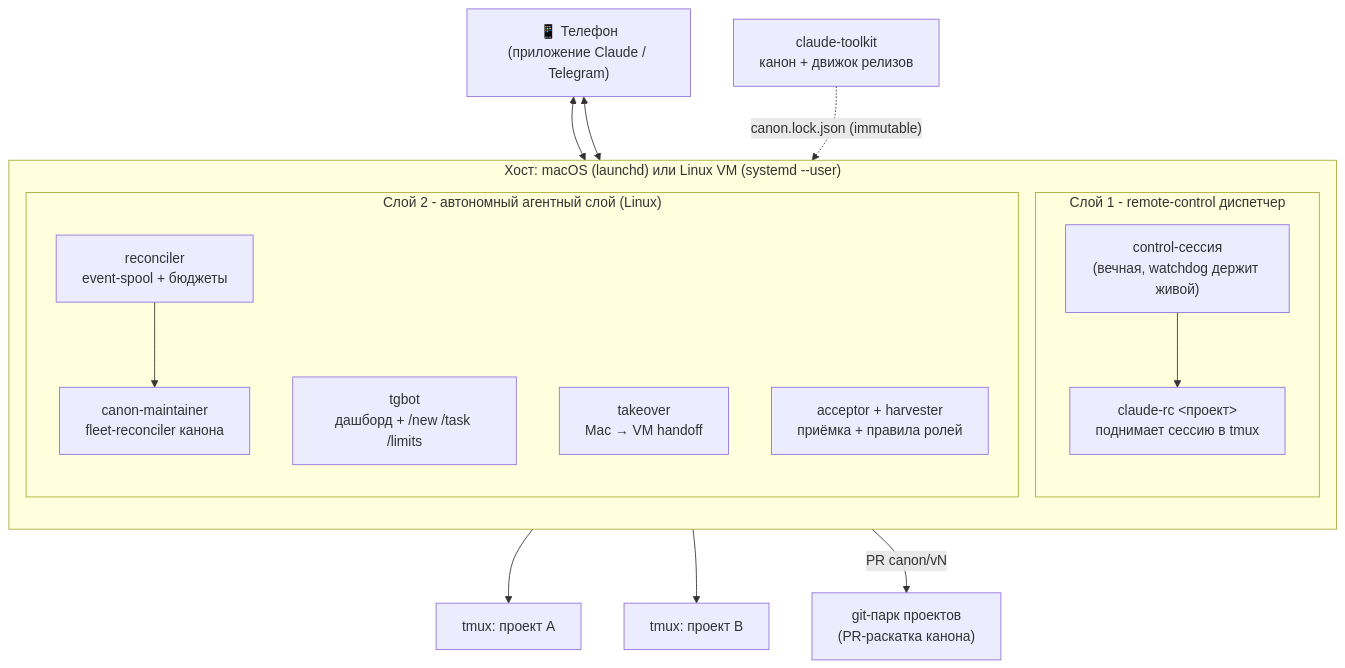
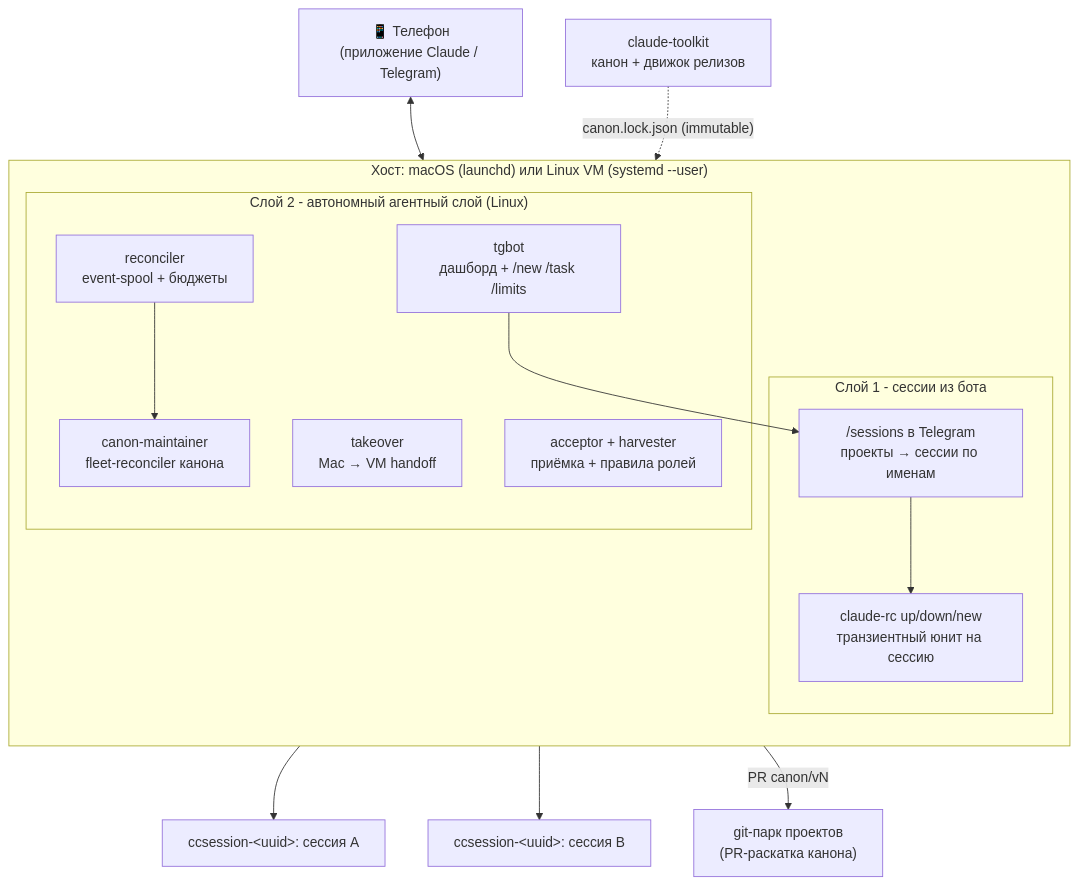
Before and after one commit to dewil/claude-control: the diagram in README.md, drawn with Mermaid. The commit also changed other lines of this file and 2 other files, not shown here.

First line of the commit message:
docs: README и architecture описывали снесенный слой 1

````diff
--- a/README.md
+++ b/README.md
@@ -21,31 +21,31 @@
 ```mermaid
 flowchart TB
     phone["📱 Телефон<br/>(приложение Claude / Telegram)"]
 
     subgraph host["Хост: macOS (launchd) или Linux VM (systemd --user)"]
       direction TB
-      subgraph L1["Слой 1 - remote-control диспетчер"]
-        control["control-сессия<br/>(вечная, watchdog держит живой)"]
-        rc["claude-rc &lt;проект&gt;<br/>поднимает сессию в tmux"]
-        control --> rc
+      subgraph L1["Слой 1 - сессии из бота"]
+        menu["/sessions в Telegram<br/>проекты → сессии по именам"]
+        rc["claude-rc up/down/new<br/>транзиентный юнит на сессию"]
+        menu --> rc
       end
       subgraph L2["Слой 2 - автономный агентный слой (Linux)"]
         recon["reconciler<br/>event-spool + бюджеты"]
         tgbot["tgbot<br/>дашборд + /new /task /limits"]
         canon["canon-maintainer<br/>fleet-reconciler канона"]
         takeover["takeover<br/>Mac → VM handoff"]
         harvest["acceptor + harvester<br/>приёмка + правила ролей"]
       end
     end
 
     toolkit["claude-toolkit<br/>канон + движок релизов"]
     fleet["git-парк проектов<br/>(PR-раскатка канона)"]
 
-    phone <--> control
     phone <--> tgbot
-    rc --> projA["tmux: проект A"]
-    rc --> projB["tmux: проект B"]
+    tgbot --> menu
+    rc --> projA["ccsession-&lt;uuid&gt;: сессия A"]
+    rc --> projB["ccsession-&lt;uuid&gt;: сессия B"]
     toolkit -. "canon.lock.json (immutable)" .-> canon
     canon -- "PR canon/vN" --> fleet
     recon --> canon
 ```
````
